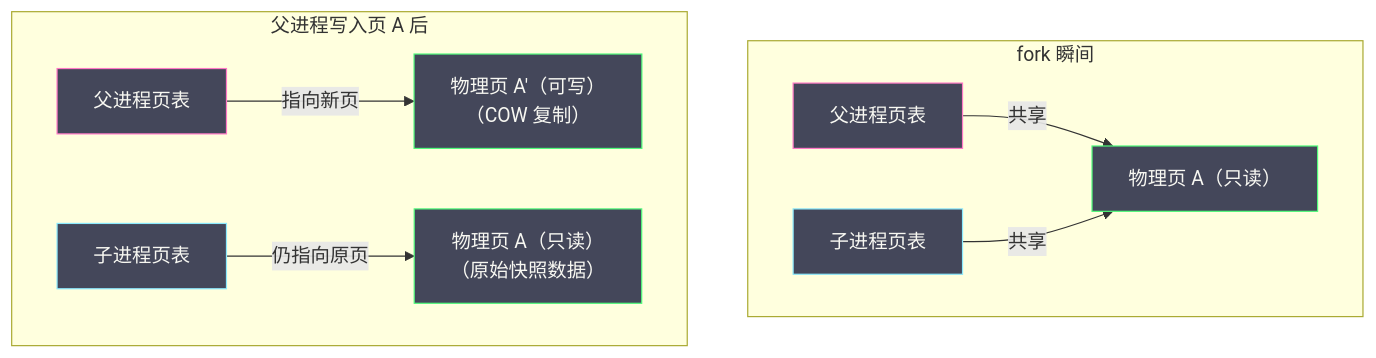
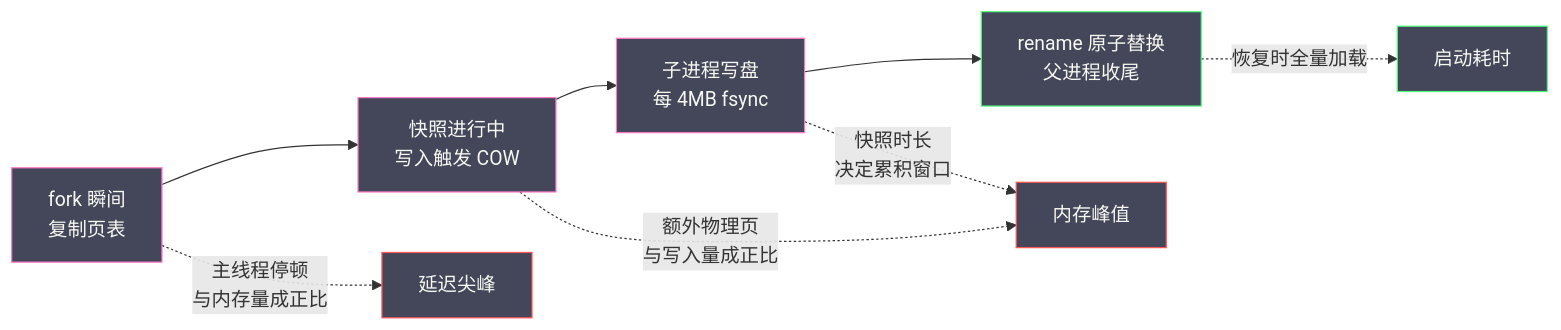
The first of 5 diagrams in content/中间件/Redis/Redis设计与实现/07 RDB 持久化——快照的 fork 与 COW 机制.md (hpliStartAgain/my-brain), drawn with Mermaid before and after one commit. The commit also changed other lines of this file and 455 other files, not shown here.

````diff
--- a/content/中间件/Redis/Redis设计与实现/07 RDB 持久化——快照的 fork 与 COW 机制.md
+++ b/content/中间件/Redis/Redis设计与实现/07 RDB 持久化——快照的 fork 与 COW 机制.md
@@ -58,21 +31,18 @@
 ```mermaid
 %%{init: {'theme': 'dracula'}}%%
-graph TD
-    subgraph "fork 瞬间"
-        P1["父进程页表"] -->|"共享"| PHY1["物理页 A（只读）"]
-        C1["子进程页表"] -->|"共享"| PHY1
-    end
+flowchart LR
+    A["fork 瞬间<br/>复制页表"] --> B["快照进行中<br/>写入触发 COW"]
+    B --> C["子进程写盘<br/>每 4MB fsync"]
+    C --> D["rename 原子替换<br/>父进程收尾"]
+    A -.->|"主线程停顿<br/>与内存量成正比"| X["延迟尖峰"]
+    B -.->|"额外物理页<br/>与写入量成正比"| Y["内存峰值"]
+    C -.->|"快照时长<br/>决定累积窗口"| Y
+    D -.->|"恢复时全量加载"| Z["启动耗时"]
 
-    subgraph "父进程写入页 A 后"
-        P2["父进程页表"] -->|"指向新页"| PHY2["物理页 A'（可写）</br>（COW 复制）"]
-        C2["子进程页表"] -->|"仍指向原页"| PHY3["物理页 A（只读）</br>（原始快照数据）"]
-    end
-
-    classDef parent fill:#44475a,stroke:#ff79c6,color:#f8f8f2
-    classDef child fill:#44475a,stroke:#8be9fd,color:#f8f8f2
-    classDef phy fill:#44475a,stroke:#50fa7b,color:#f8f8f2
-
-    class P1,P2 parent
-    class C1,C2 child
-    class PHY1,PHY2,PHY3 phy
+    classDef cost fill:#44475a,stroke:#ff79c6,color:#f8f8f2
+    classDef risk fill:#44475a,stroke:#ff5555,color:#f8f8f2
+    classDef tail fill:#44475a,stroke:#50fa7b,color:#f8f8f2
+    class A,B,C cost
+    class X,Y risk
+    class D,Z tail
 ```
````
